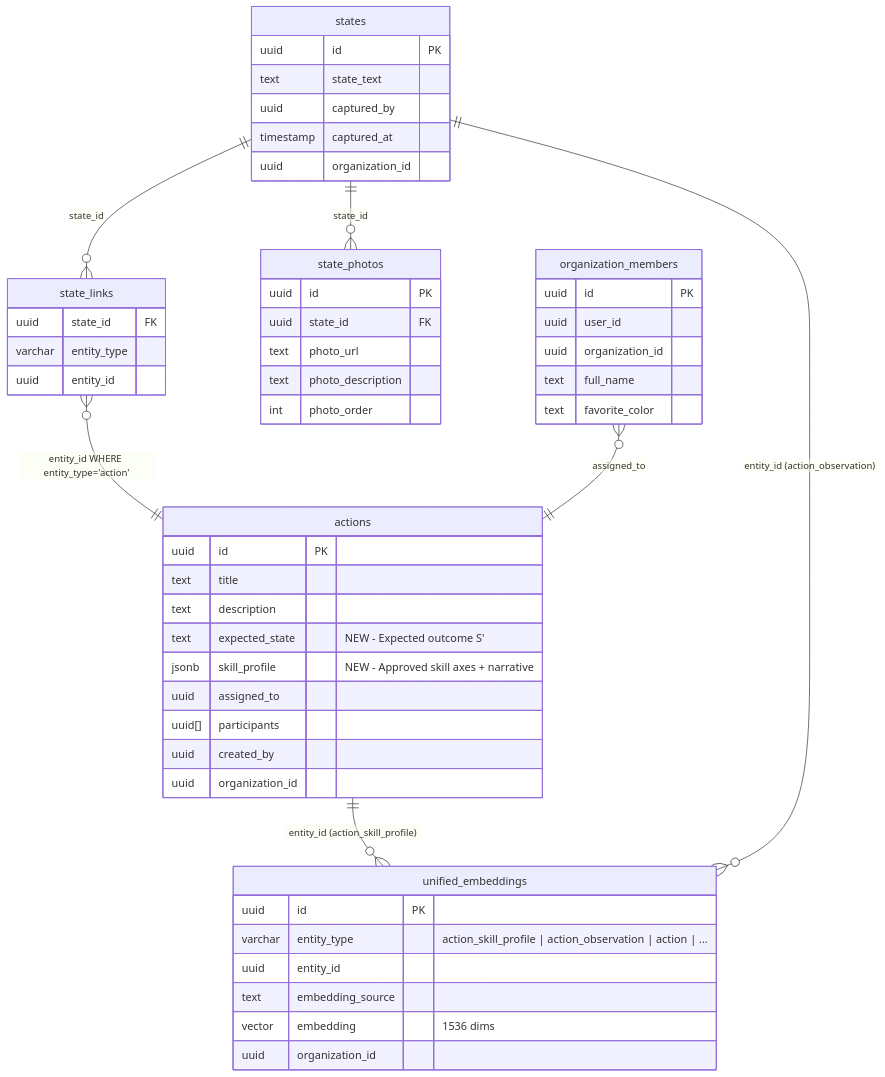
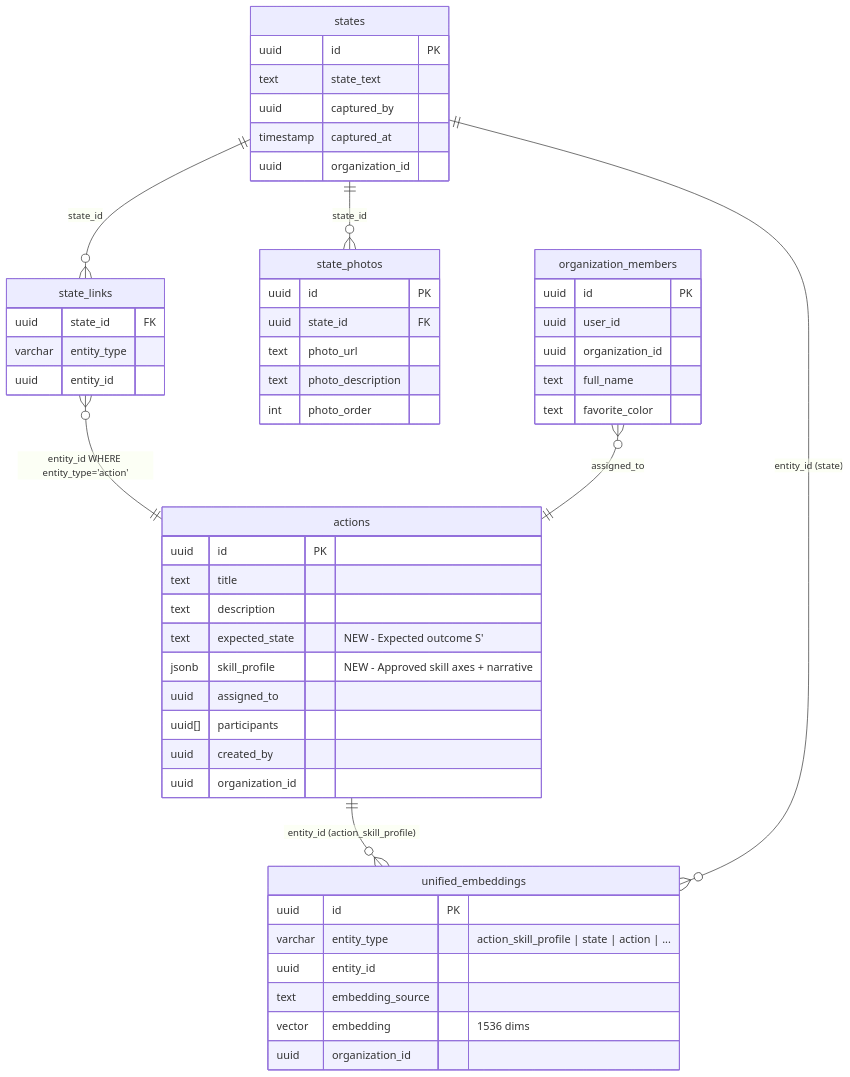
Before and after one commit to whiteboxllms/clever-widget-factory: the third of 3 diagrams in .kiro/specs/observation-based-training/design.md, drawn with Mermaid. The commit also changed other lines of this file and 37 other files, not shown here.

Commit message:
Setup a radar chart and image upload fixes

````diff
--- a/.kiro/specs/observation-based-training/design.md
+++ b/.kiro/specs/observation-based-training/design.md
@@ -278,60 +279,60 @@
 ```mermaid
 erDiagram
     actions {
         uuid id PK
         text title
         text description
         text expected_state "NEW - Expected outcome S'"
         jsonb skill_profile "NEW - Approved skill axes + narrative"
         uuid assigned_to
         uuid[] participants
         uuid created_by
         uuid organization_id
     }
 
     unified_embeddings {
         uuid id PK
-        varchar entity_type "action_skill_profile | action_observation | action | ..."
+        varchar entity_type "action_skill_profile | state | action | ..."
         uuid entity_id
         text embedding_source
         vector embedding "1536 dims"
         uuid organization_id
     }
 
     states {
         uuid id PK
         text state_text
         uuid captured_by
         timestamp captured_at
         uuid organization_id
     }
 
     state_links {
         uuid state_id FK
         varchar entity_type
         uuid entity_id
     }
 
     state_photos {
         uuid id PK
         uuid state_id FK
         text photo_url
         text photo_description
         int photo_order
     }
 
     organization_members {
         uuid id PK
         uuid user_id
         uuid organization_id
         text full_name
         text favorite_color
     }
 
     actions ||--o{ unified_embeddings : "entity_id (action_skill_profile)"
-    states ||--o{ unified_embeddings : "entity_id (action_observation)"
+    states ||--o{ unified_embeddings : "entity_id (state)"
     states ||--o{ state_links : "state_id"
     state_links }o--|| actions : "entity_id WHERE entity_type='action'"
     states ||--o{ state_photos : "state_id"
     organization_members }o--|| actions : "assigned_to"
 ```
````
